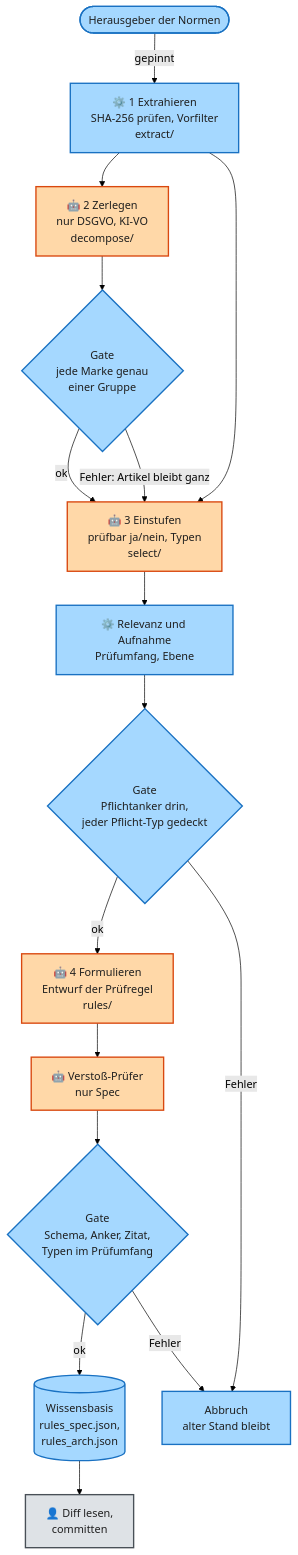
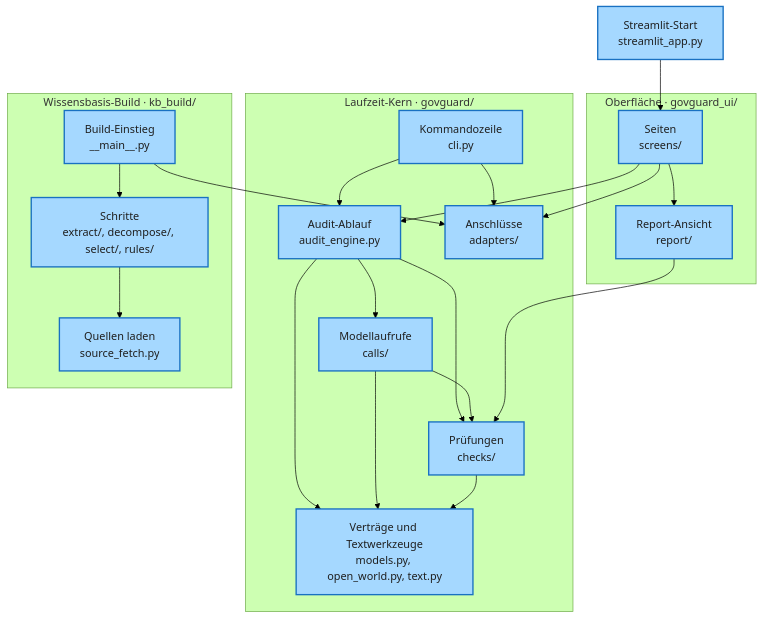
One commit to Daniel74/GovGuard changed the fourth of 5 diagrams in docs/ARCHITECTURE.md. Above: the diagram before and after it, drawn with Mermaid (forest theme). The commit also changed other lines of this file and 53 other files, not shown here.

Commit message:
#72 4+1-Doku ersetzt ARCHITECTURE und DESIGN, Ausbau nach AUSBAU.md, Drift-Test vereint

````diff
--- a/docs/ARCHITECTURE.md
+++ b/docs/ARCHITECTURE.md
@@ -306,27 +301,31 @@
 ```mermaid
-flowchart TD
-  Q(["Herausgeber der Normen"]):::code
-  E["⚙️ 1 Extrahieren<br/>SHA-256 prüfen, Vorfilter<br/>extract/"]:::code
-  D["🤖 2 Zerlegen<br/>nur DSGVO, KI-VO<br/>decompose/"]:::llm
-  G1{"Gate<br/>jede Marke genau<br/>einer Gruppe"}:::code
-  S["🤖 3 Einstufen<br/>prüfbar ja/nein, Typen<br/>select/"]:::llm
-  R["⚙️ Relevanz und Aufnahme<br/>Prüfumfang, Ebene"]:::code
-  G2{"Gate<br/>Pflichtanker drin,<br/>jeder Pflicht-Typ gedeckt"}:::code
-  F["🤖 4 Formulieren<br/>Entwurf der Prüfregel<br/>rules/"]:::llm
-  J["🤖 Verstoß-Prüfer<br/>nur Spec"]:::llm
-  G3{"Gate<br/>Schema, Anker, Zitat,<br/>Typen im Prüfumfang"}:::code
-  K[("Wissensbasis<br/>rules_spec.json,<br/>rules_arch.json")]:::code
-  H["👤 Diff lesen,<br/>committen"]:::human
-  X["Abbruch<br/>alter Stand bleibt"]:::code
-  Q -->|"gepinnt"| E --> D --> G1
-  E --> S
-  G1 -->|ok| S --> R --> G2
-  G2 -->|ok| F --> J --> G3
-  G3 -->|ok| K --> H
-  G1 -->|"Fehler: Artikel bleibt ganz"| S
-  G2 -->|Fehler| X
-  G3 -->|Fehler| X
-  classDef llm fill:#ffd8a8,stroke:#d9480f,color:#1f1f1f,stroke-width:2px
+flowchart TB
+  ST["Streamlit-Start<br/>streamlit_app.py"]:::code
+  subgraph GG["Laufzeit-Kern · govguard/"]
+    CLI["Kommandozeile<br/>cli.py"]:::code
+    ENG["Audit-Ablauf<br/>audit_engine.py"]:::code
+    CALLS["Modellaufrufe<br/>calls/"]:::code
+    CHECKS["Prüfungen<br/>checks/"]:::code
+    CON["Verträge und Textwerkzeuge<br/>models.py, open_world.py, text.py"]:::code
+    ADA["Anschlüsse<br/>adapters/"]:::code
+  end
+  subgraph UI["Oberfläche · govguard_ui/"]
+    SCR["Seiten<br/>screens/"]:::code
+    REP["Report-Ansicht<br/>report/"]:::code
+  end
+  subgraph KB["Wissensbasis-Build · kb_build/"]
+    MAIN["Build-Einstieg<br/>__main__.py"]:::code
+    STEPS["Schritte<br/>extract/, decompose/, select/, rules/"]:::code
+    FETCH["Quellen laden<br/>source_fetch.py"]:::code
+  end
+  CLI --> ENG & ADA
+  ENG --> CALLS & CHECKS & CON
+  CALLS --> CHECKS & CON
+  CHECKS --> CON
+  ST --> SCR
+  SCR --> REP & ENG & ADA
+  REP --> CHECKS
+  MAIN --> STEPS & ADA
+  STEPS --> FETCH
   classDef code fill:#a5d8ff,stroke:#1971c2,color:#1f1f1f,stroke-width:2px
-  classDef human fill:#dee2e6,stroke:#495057,color:#1f1f1f,stroke-width:2px
 ```
````
